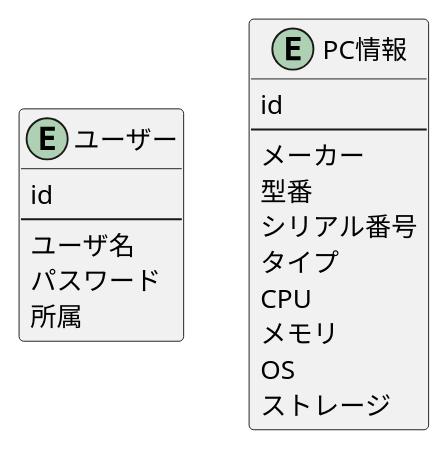
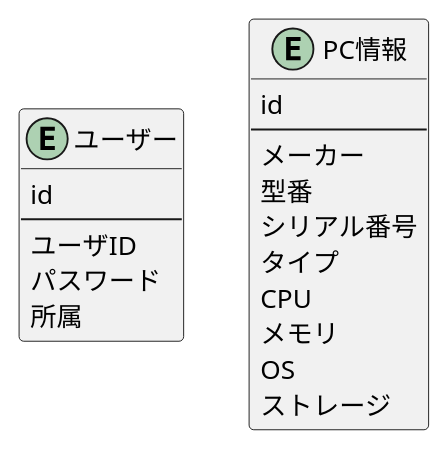
The diagram in documents/er.pu (moto-sbt/express-api), drawn with PlantUML before and after one commit. The commit also changed 6 other files, not shown here.

```diff
--- a/documents/er.pu
+++ b/documents/er.pu
@@ -1,29 +1,29 @@
 @startuml test_er
 ' Entity01 }|..|| Entity02
 ' Entity03 }o..o| Entity04
 ' Entity05 ||--o{ Entity06
 ' Entity07 |o--|| Entity08
 
 entity "ユーザー" as user {
   id
   --
-  ユーザ名
+  ユーザID
   パスワード
   所属
 }
 
 entity "PC情報" as pc_info {
   id
   --
   メーカー
   型番
   シリアル番号
   タイプ
   CPU
   メモリ
   OS
   ストレージ
 }
 
 ' user --o{ pc_info ゆくゆくはこう
 @enduml
```
